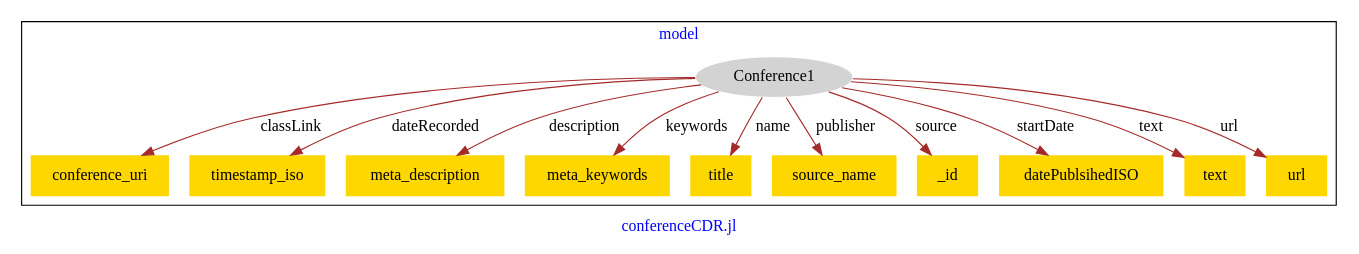
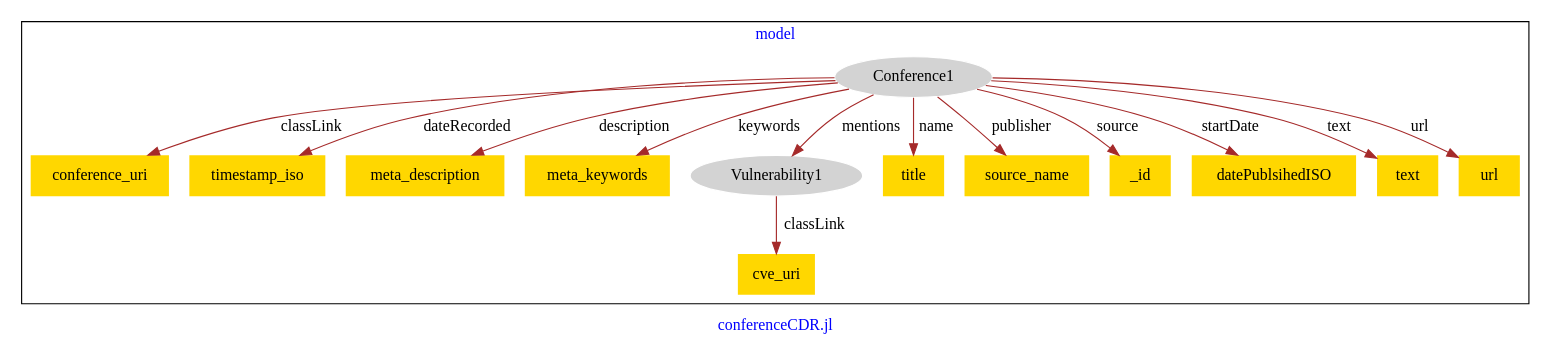
Before and after one commit to usc-isi-i2/effect-alignment: the diagram in models/hg-conference/conference-model.dot, drawn with Graphviz.

Commit message:
Update file conference-model.dot

```diff
--- a/models/hg-conference/conference-model.dot
+++ b/models/hg-conference/conference-model.dot
@@ -1,29 +1,33 @@
 digraph n0 {
 fontcolor="blue"
 remincross="true"
 label="conferenceCDR.jl"
 subgraph cluster {
 label="model"
 n2[style="filled",color="white",fillcolor="lightgray",label="Conference1"];
 n3[shape="plaintext",style="filled",fillcolor="gold",label="conference_uri"];
 n4[shape="plaintext",style="filled",fillcolor="gold",label="timestamp_iso"];
 n5[shape="plaintext",style="filled",fillcolor="gold",label="meta_description"];
 n6[shape="plaintext",style="filled",fillcolor="gold",label="meta_keywords"];
-n7[shape="plaintext",style="filled",fillcolor="gold",label="title"];
-n8[shape="plaintext",style="filled",fillcolor="gold",label="source_name"];
-n9[shape="plaintext",style="filled",fillcolor="gold",label="_id"];
-n10[shape="plaintext",style="filled",fillcolor="gold",label="datePublsihedISO"];
-n11[shape="plaintext",style="filled",fillcolor="gold",label="text"];
-n12[shape="plaintext",style="filled",fillcolor="gold",label="url"];
+n7[style="filled",color="white",fillcolor="lightgray",label="Vulnerability1"];
+n8[shape="plaintext",style="filled",fillcolor="gold",label="title"];
+n9[shape="plaintext",style="filled",fillcolor="gold",label="source_name"];
+n10[shape="plaintext",style="filled",fillcolor="gold",label="_id"];
+n11[shape="plaintext",style="filled",fillcolor="gold",label="datePublsihedISO"];
+n12[shape="plaintext",style="filled",fillcolor="gold",label="text"];
+n13[shape="plaintext",style="filled",fillcolor="gold",label="url"];
+n14[shape="plaintext",style="filled",fillcolor="gold",label="cve_uri"];
 }
 n2 -> n3[color="brown",fontcolor="black",label="classLink"]
 n2 -> n4[color="brown",fontcolor="black",label="dateRecorded"]
 n2 -> n5[color="brown",fontcolor="black",label="description"]
 n2 -> n6[color="brown",fontcolor="black",label="keywords"]
-n2 -> n7[color="brown",fontcolor="black",label="name"]
-n2 -> n8[color="brown",fontcolor="black",label="publisher"]
-n2 -> n9[color="brown",fontcolor="black",label="source"]
-n2 -> n10[color="brown",fontcolor="black",label="startDate"]
-n2 -> n11[color="brown",fontcolor="black",label="text"]
-n2 -> n12[color="brown",fontcolor="black",label="url"]
+n2 -> n7[color="brown",fontcolor="black",label="mentions"]
+n2 -> n8[color="brown",fontcolor="black",label="name"]
+n2 -> n9[color="brown",fontcolor="black",label="publisher"]
+n2 -> n10[color="brown",fontcolor="black",label="source"]
+n2 -> n11[color="brown",fontcolor="black",label="startDate"]
+n2 -> n12[color="brown",fontcolor="black",label="text"]
+n2 -> n13[color="brown",fontcolor="black",label="url"]
+n7 -> n14[color="brown",fontcolor="black",label="classLink"]
 }
```
